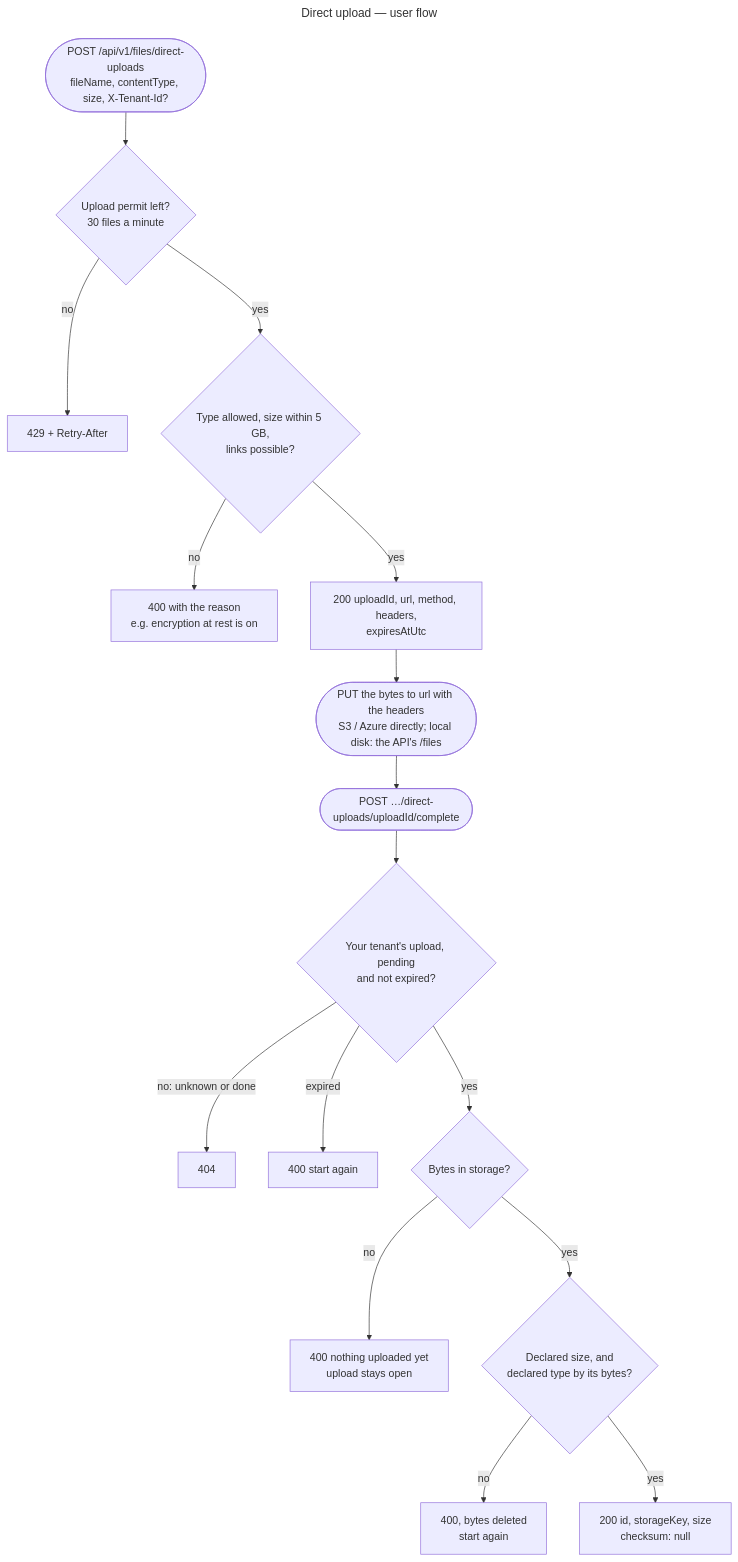
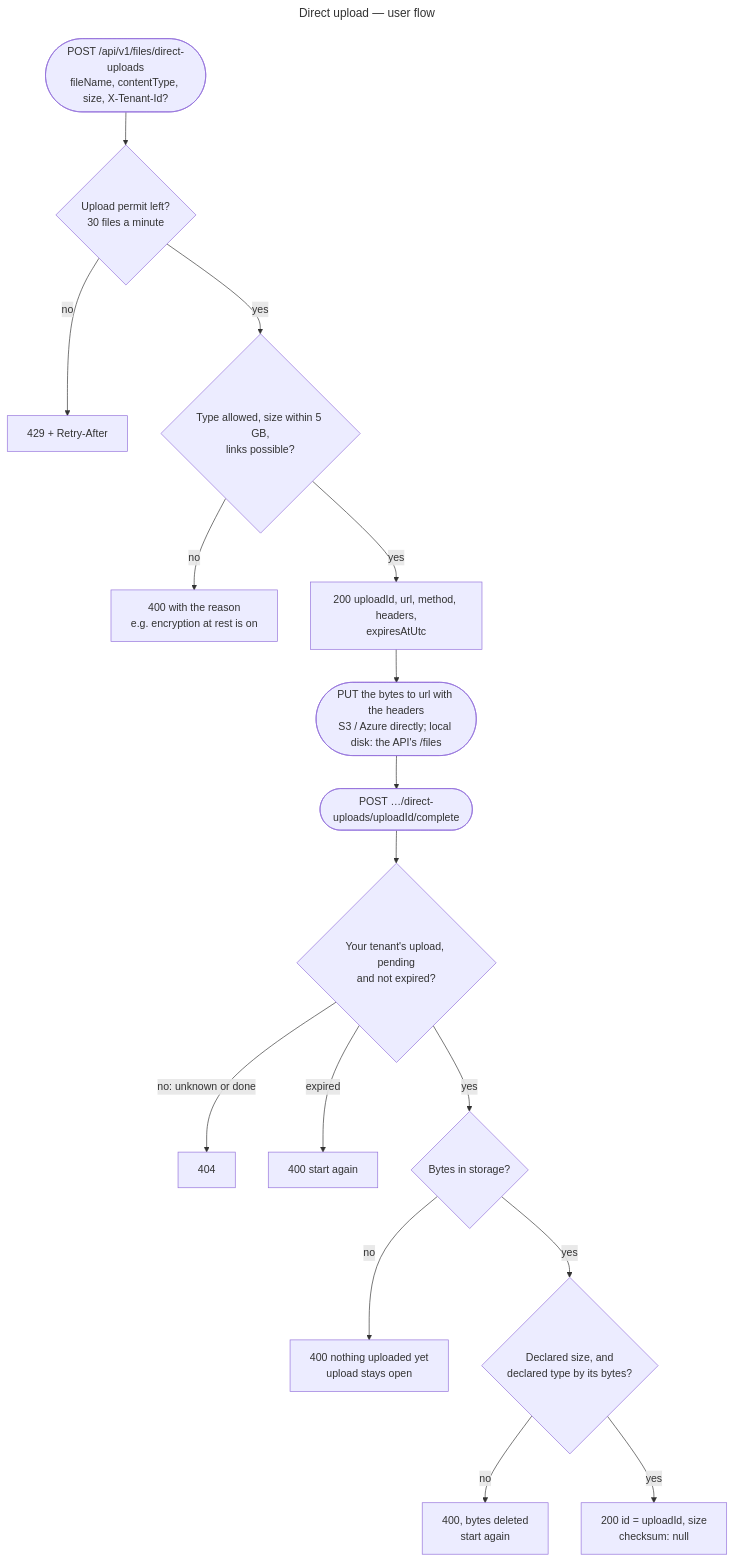
One commit to gmetskhvarishvili/GM.FileStorage.Samples changed the fifth of 12 diagrams in docs/user-flows.md. Above: the diagram before and after it, drawn with Mermaid. The commit also changed other lines of this file and 30 other files, not shown here.

````diff
--- a/docs/user-flows.md
+++ b/docs/user-flows.md
@@ -132,21 +132,21 @@
 ```mermaid
 ---
 title: Direct upload — user flow
 ---
 flowchart TD
     start([POST /api/v1/files/direct-uploads<br/>fileName, contentType, size, X-Tenant-Id?]) --> quota{Upload permit left?<br/>30 files a minute}
     quota -- no --> q429[429 + Retry-After]
     quota -- yes --> rules{Type allowed, size within 5 GB,<br/>links possible?}
     rules -- no --> r400[400 with the reason<br/>e.g. encryption at rest is on]
     rules -- yes --> link[200 uploadId, url, method, headers,<br/>expiresAtUtc]
     link --> put([PUT the bytes to url with the headers<br/>S3 / Azure directly; local disk: the API's /files])
     put --> done([POST …/direct-uploads/uploadId/complete])
     done --> found{Your tenant's upload, pending<br/>and not expired?}
     found -- "no: unknown or done" --> n404[404]
     found -- expired --> e400[400 start again]
     found -- yes --> there{Bytes in storage?}
     there -- no --> t400[400 nothing uploaded yet<br/>upload stays open]
     there -- yes --> match{Declared size, and<br/>declared type by its bytes?}
     match -- no --> m400[400, bytes deleted<br/>start again]
-    match -- yes --> ok[200 id, storageKey, size<br/>checksum: null]
+    match -- yes --> ok[200 id = uploadId, size<br/>checksum: null]
 ```
````
